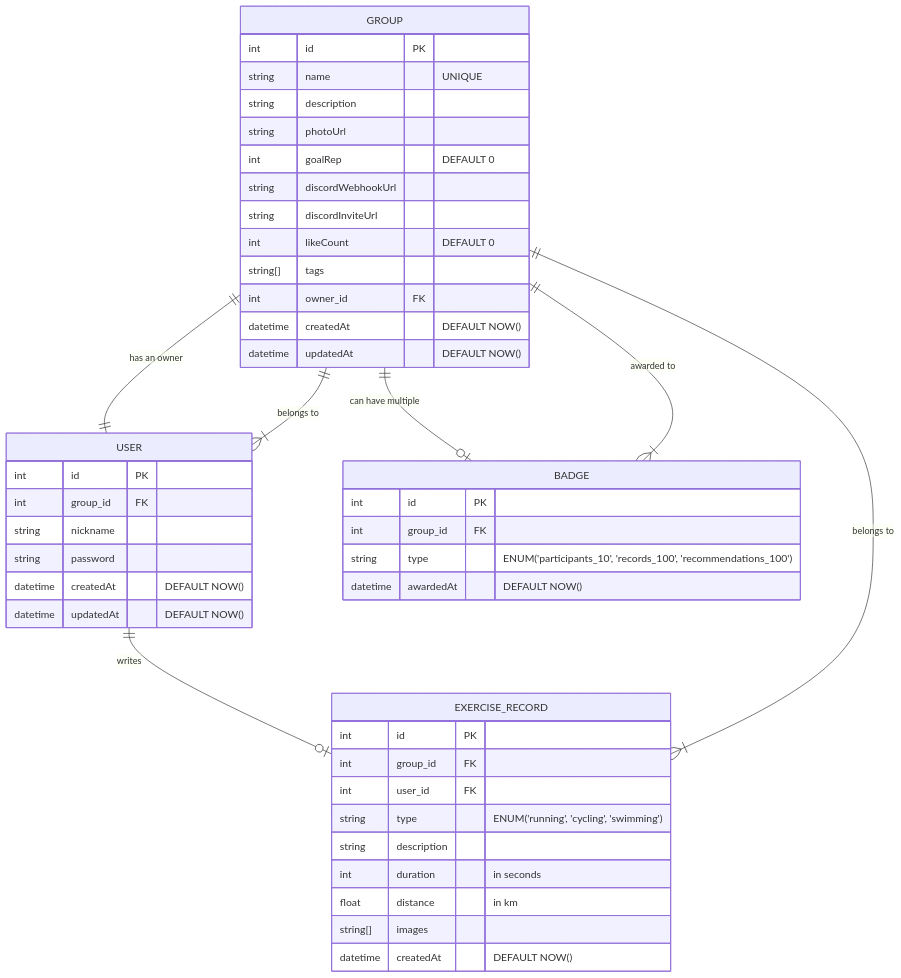
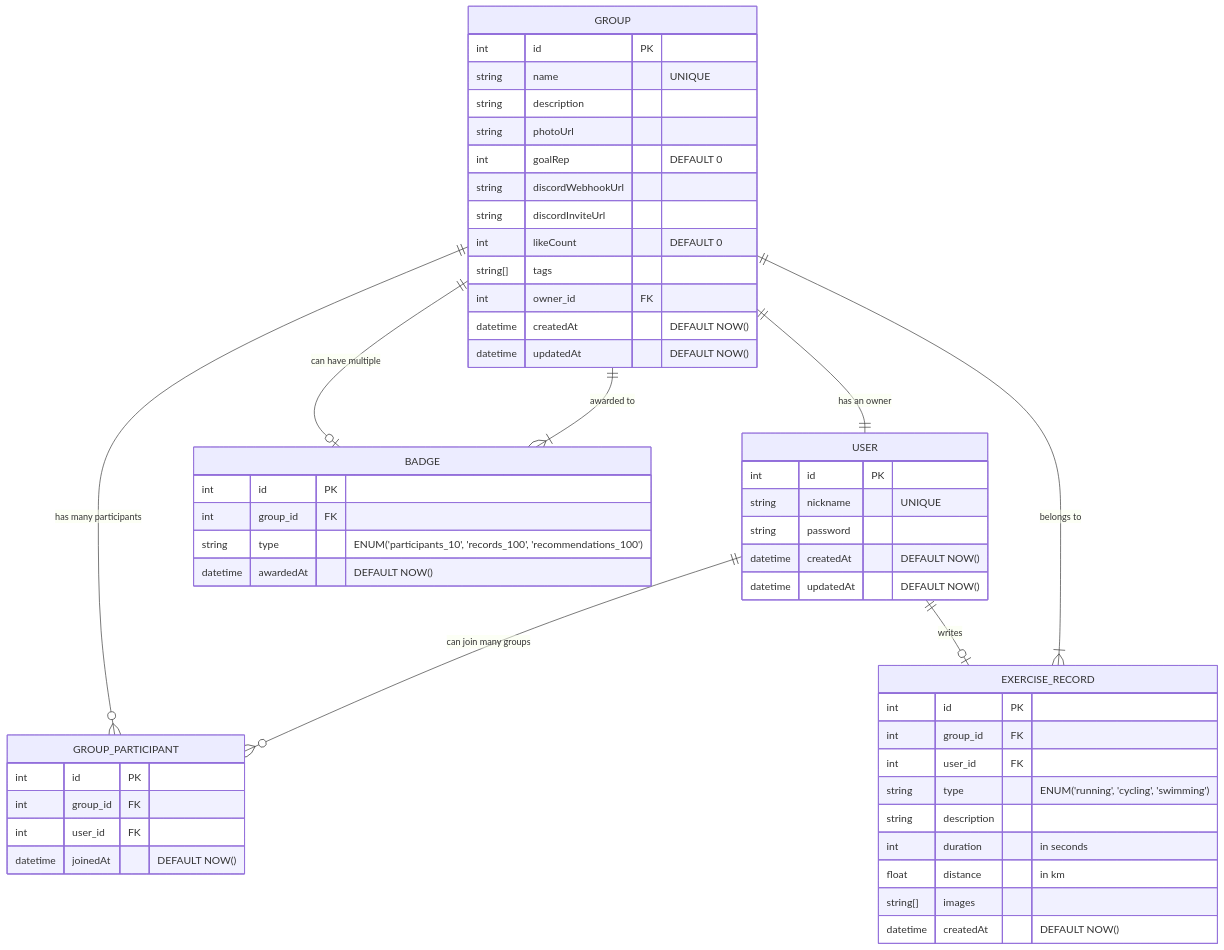
The diagram in README.md (funfungun/mermaid), drawn with Mermaid before and after one commit.

````diff
--- a/README.md
+++ b/README.md
@@ -1,52 +1,60 @@
 ```mermaid
 erDiagram
     GROUP {
         int id PK
         string name "UNIQUE"
         string description
         string photoUrl
         int goalRep "DEFAULT 0"
         string discordWebhookUrl
         string discordInviteUrl
         int likeCount "DEFAULT 0"
         string[] tags
         int owner_id FK
         datetime createdAt "DEFAULT NOW()"
         datetime updatedAt "DEFAULT NOW()"
     }
 
     USER {
         int id PK
-        int group_id FK
-        string nickname
+        string nickname "UNIQUE"
         string password
         datetime createdAt "DEFAULT NOW()"
         datetime updatedAt "DEFAULT NOW()"
     }
-    USER }|--|| GROUP : "belongs to"
+
+    GROUP_PARTICIPANT {
+        int id PK
+        int group_id FK
+        int user_id FK
+        datetime joinedAt "DEFAULT NOW()"
+    }
+
+    GROUP ||--o{ GROUP_PARTICIPANT : "has many participants"
+    USER ||--o{ GROUP_PARTICIPANT : "can join many groups"
+    GROUP ||--|| USER : "has an owner"
     USER ||--o| EXERCISE_RECORD : "writes"
-    GROUP ||--|| USER : "has an owner"
 
     EXERCISE_RECORD {
         int id PK
         int group_id FK
         int user_id FK
         string type "ENUM('running', 'cycling', 'swimming')"
         string description
         int duration "in seconds"
         float distance "in km"
         string[] images
         datetime createdAt "DEFAULT NOW()"
     }
     EXERCISE_RECORD }|--|| GROUP : "belongs to"
 
     BADGE {
         int id PK
         int group_id FK
         string type "ENUM('participants_10', 'records_100', 'recommendations_100')"
         datetime awardedAt "DEFAULT NOW()"
     }
     BADGE }|--|| GROUP : "awarded to"
 
     GROUP ||--o| BADGE : "can have multiple"
 ```
````
